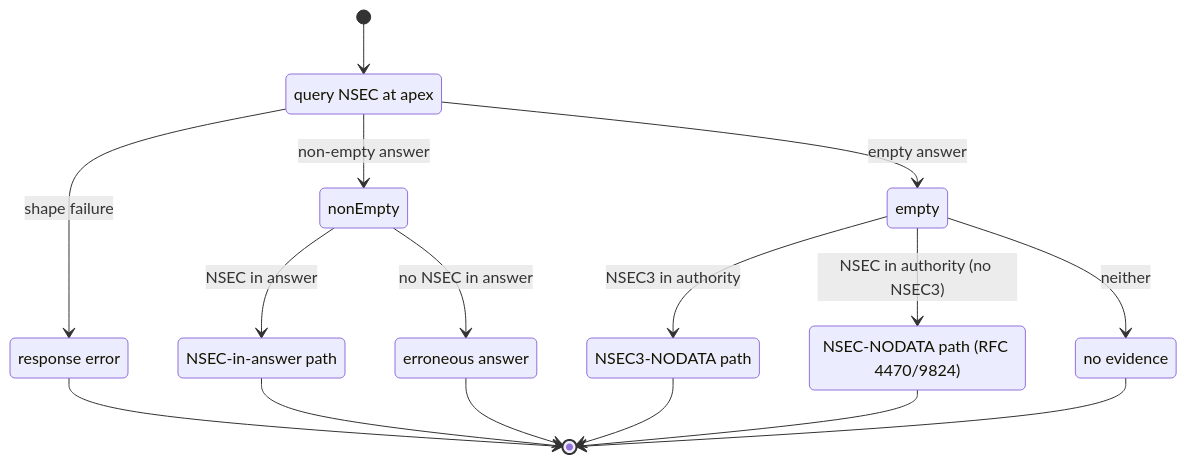
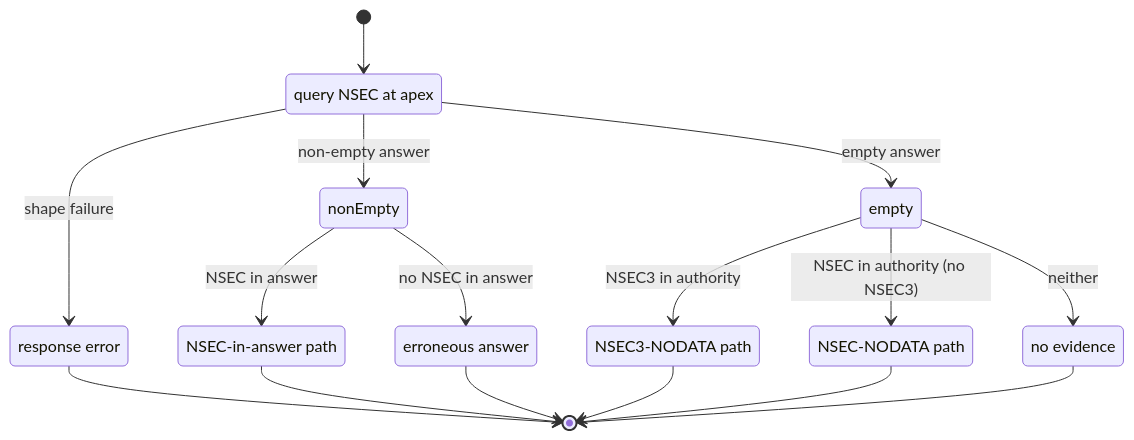
Before and after one commit to pawal/gonemaster: the second of 4 diagrams in docs/specifications/tests/dnssec/dnssec10.md, drawn with Mermaid. The commit also changed other lines of this file and 3 other files, not shown here.

Commit message:
docs: shorten mermaid labels to avoid empty-box wrap rendering

```diff
--- a/docs/specifications/tests/dnssec/dnssec10.md
+++ b/docs/specifications/tests/dnssec/dnssec10.md
@@ -77,25 +77,25 @@
 {{< mermaid >}}
 stateDiagram-v2
     [*] --> querying
     querying : query NSEC at apex
     querying --> respErr : shape failure
     querying --> nonEmpty : non-empty answer
     querying --> empty : empty answer
     nonEmpty --> nsecAns : NSEC in answer
     nonEmpty --> errAns : no NSEC in answer
     empty --> nsec3Nodata : NSEC3 in authority
     empty --> nsecNodata : NSEC in authority (no NSEC3)
     empty --> noEvid : neither
     respErr : response error
     nsecAns : NSEC-in-answer path
     errAns : erroneous answer
     nsec3Nodata : NSEC3-NODATA path
-    nsecNodata : NSEC-NODATA path (RFC 4470/9824)
+    nsecNodata : NSEC-NODATA path
     noEvid : no evidence
     respErr --> [*]
     nsecAns --> [*]
     errAns --> [*]
     nsec3Nodata --> [*]
     nsecNodata --> [*]
     noEvid --> [*]
 {{< /mermaid >}}
```
